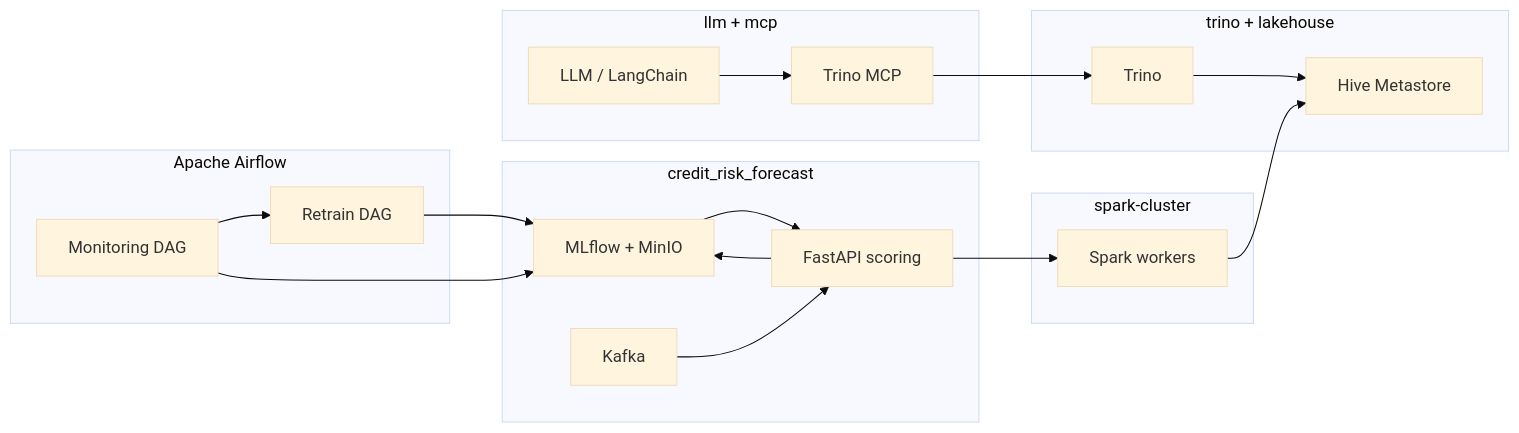
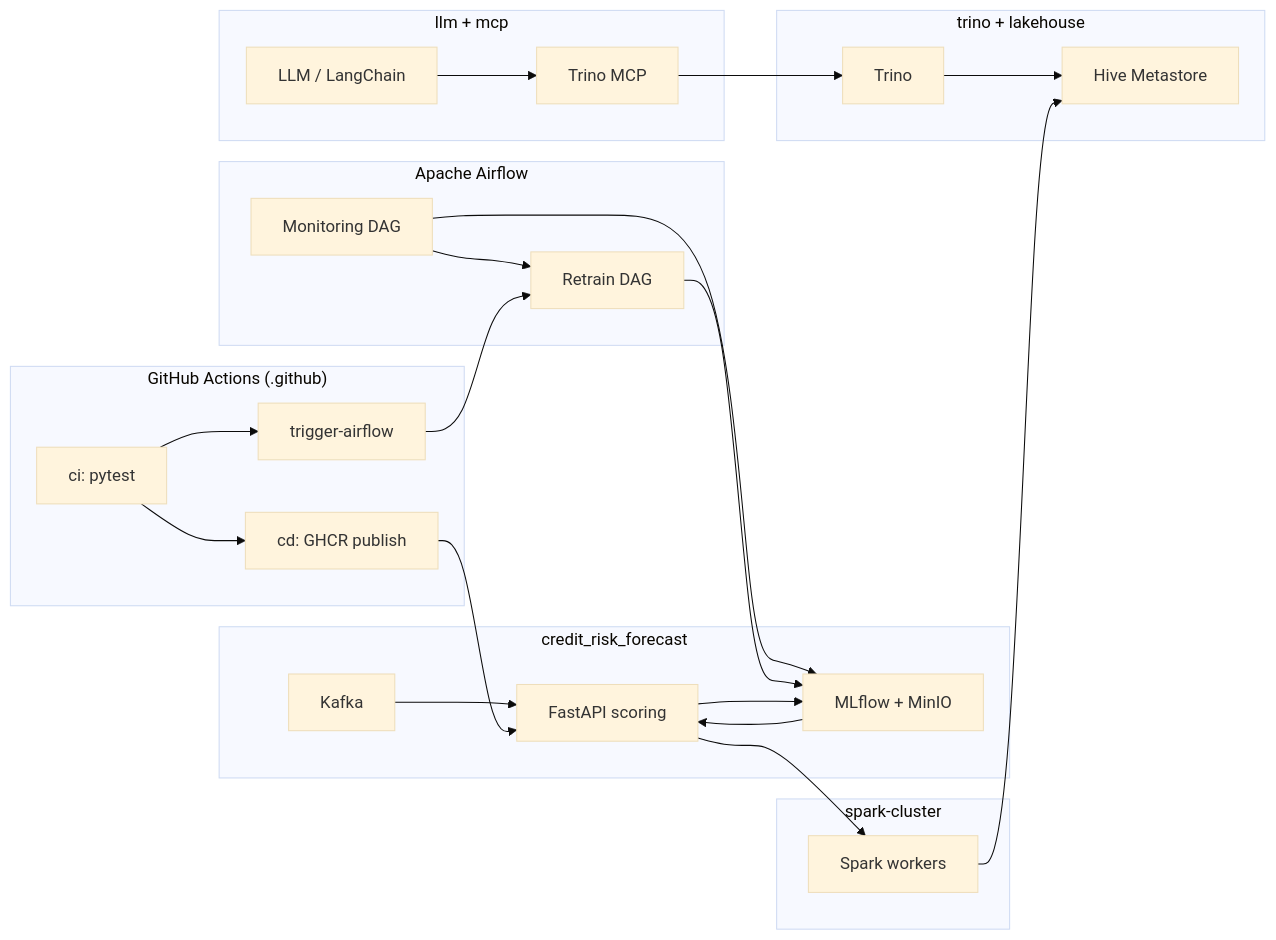
Before and after one commit to loloopes/credit_risk_forecast_with_CI-CD: the second of 2 diagrams in README.md, drawn with Mermaid (base theme). The commit also changed other lines of this file and 2 other files, not shown here.

````diff
--- a/README.md
+++ b/README.md
@@ -65,39 +93,49 @@
 ```mermaid
 flowchart LR
+  subgraph gha["GitHub Actions (.github)"]
+    CI["ci: pytest"]
+    CD["cd: GHCR publish"]
+    GHA_AF["trigger-airflow"]
+    CI --> CD
+    CI --> GHA_AF
+  end
+
   subgraph airflow["Apache Airflow"]
     DAG1["Monitoring DAG"]
     DAG2["Retrain DAG"]
     DAG1 --> DAG2
   end
 
   subgraph crf["credit_risk_forecast"]
     MLF["MLflow + MinIO"]
     API["FastAPI scoring"]
     KF["Kafka"]
     MLF --> API
     KF --> API
   end
 
   subgraph spark["spark-cluster"]
     SP["Spark workers"]
   end
 
   subgraph wh["trino + lakehouse"]
     TR["Trino"]
     HMS["Hive Metastore"]
     TR --> HMS
   end
 
   subgraph agents["llm + mcp"]
     MCP["Trino MCP"]
     LLM["LLM / LangChain"]
     LLM --> MCP
     MCP --> TR
   end
 
+  GHA_AF --> DAG2
+  CD --> API
   DAG1 --> MLF
   DAG2 --> MLF
   API --> SP
   SP --> HMS
   API --> MLF
 ```
````
